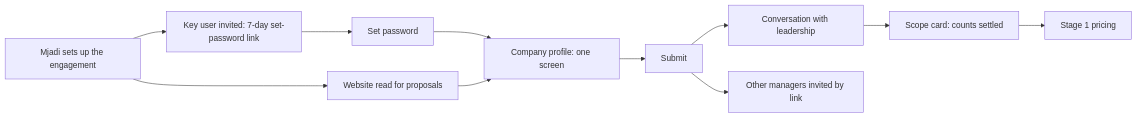
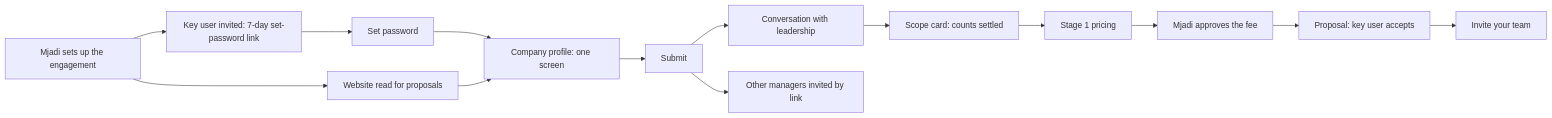
One commit to malikusman/req_app changed the fourth of 6 diagrams in docs/APPLICATION_GUIDE.md. Above: the diagram before and after it, drawn with Mermaid. The commit also changed other lines of this file and 3 other files, not shown here.

````diff
--- a/docs/APPLICATION_GUIDE.md
+++ b/docs/APPLICATION_GUIDE.md
@@ -291,11 +325,12 @@
 ```mermaid
 flowchart LR
   Setup[Mjadi sets up the engagement] --> Invite[Key user invited: 7-day set-password link]
   Setup --> Read[Website read for proposals]
   Invite --> SetPw[Set password]
   SetPw --> Profile[Company profile: one screen]
   Read --> Profile
   Profile --> Submit[Submit] --> Leadership[Conversation with leadership]
   Submit --> Managers[Other managers invited by link]
   Leadership --> Scope[Scope card: counts settled] --> Pricing[Stage 1 pricing]
+  Pricing --> Approved[Mjadi approves the fee] --> Proposal[Proposal: key user accepts] --> Team[Invite your team]
 ```
````
